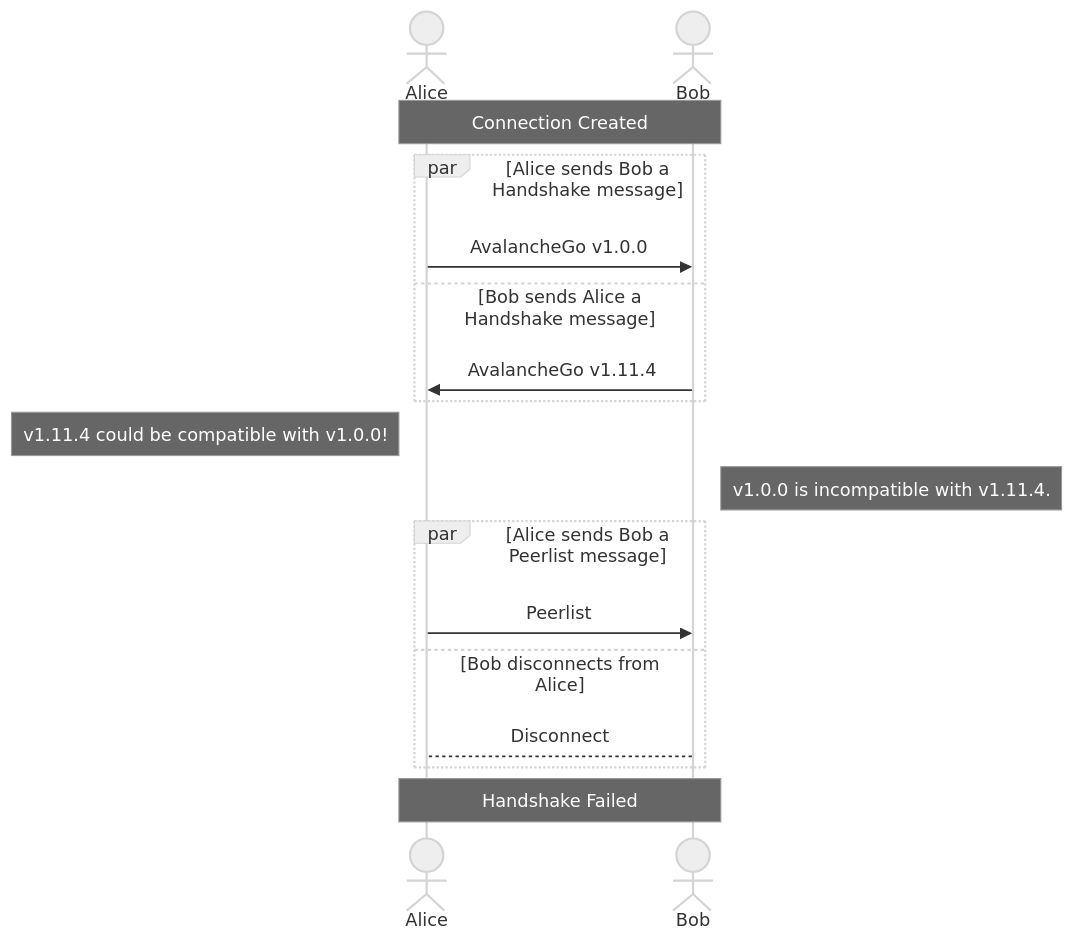
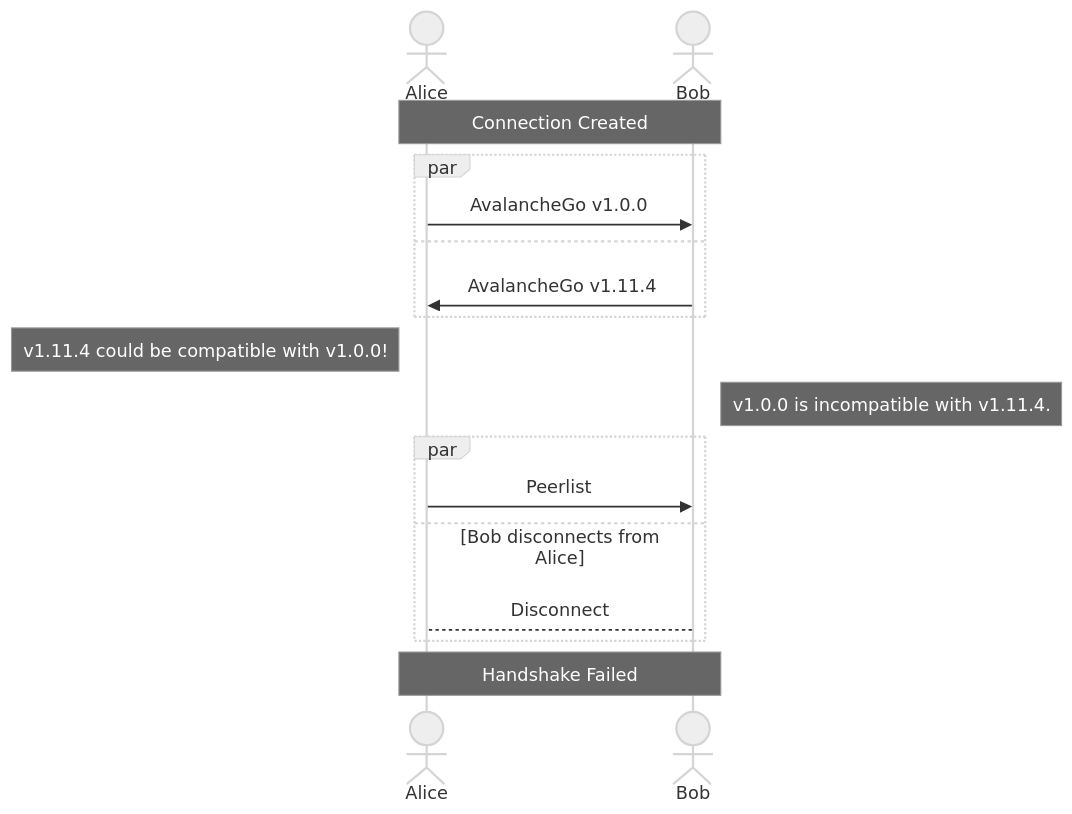
The second of 7 diagrams in network/README.md (ava-labs/avalanchego), drawn with Mermaid (neutral theme) before and after one commit. The commit also changed other lines of this file, not shown here.

````diff
--- a/network/README.md
+++ b/network/README.md
@@ -56,19 +56,19 @@
 ```mermaid
 sequenceDiagram
     actor Alice
     actor Bob
     Note over Alice,Bob: Connection Created
-    par Alice sends Bob a Handshake message
+    par
         Alice->>Bob: AvalancheGo v1.0.0
-    and Bob sends Alice a Handshake message
+    and
         Bob->>Alice: AvalancheGo v1.11.4
     end
     Note left of Alice: v1.11.4 could be compatible with v1.0.0!
     Note right of Bob: v1.0.0 is incompatible with v1.11.4.
-    par Alice sends Bob a Peerlist message
+    par
         Alice->>Bob: Peerlist
     and Bob disconnects from Alice
         Bob-->Alice: Disconnect
     end
     Note over Alice,Bob: Handshake Failed
 ```
````
